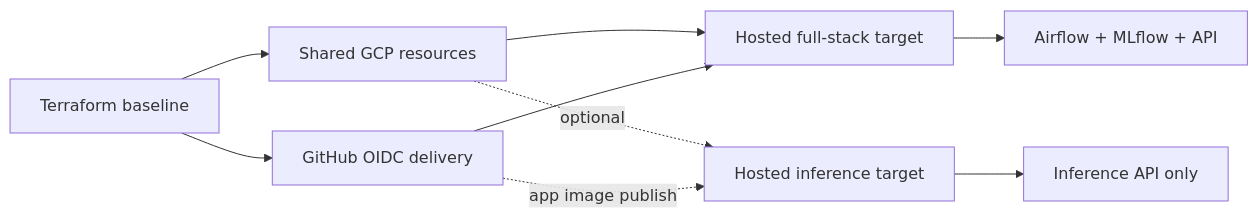
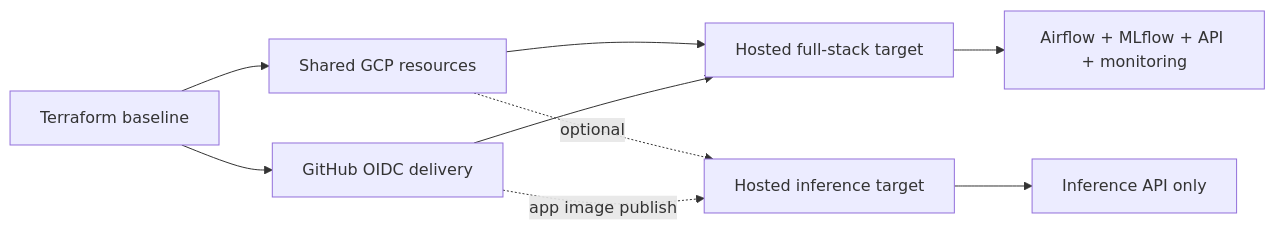
The first of 2 diagrams in docs/site/system/cloud-mapping.md (javihslu/foehncast), drawn with Mermaid before and after one commit. The commit also changed other lines of this file and 20 other files, not shown here.

```diff
--- a/docs/site/system/cloud-mapping.md
+++ b/docs/site/system/cloud-mapping.md
@@ -56,11 +55,11 @@
 <div class="mermaid">
 flowchart LR
     TF[Terraform baseline] --> GCP[Shared GCP resources]
     GCP --> HOST[Hosted full-stack target]
     GCP -. optional .-> RUN[Hosted inference target]
     TF --> GH[GitHub OIDC delivery]
-    HOST --> STACK[Airflow + MLflow + API]
+    HOST --> STACK[Airflow + MLflow + API + monitoring]
     RUN --> API[Inference API only]
     GH --> HOST
     GH -. app image publish .-> RUN
 </div>
```
